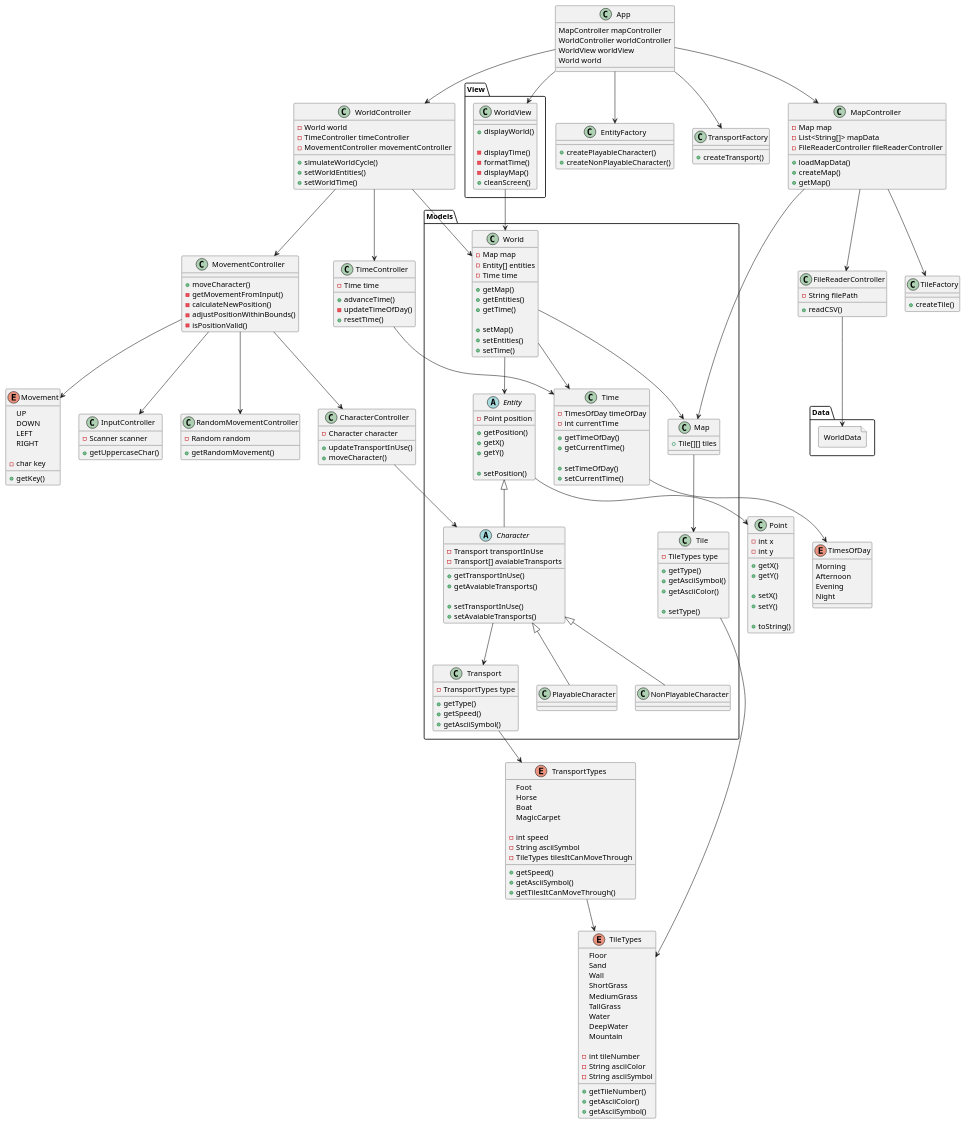
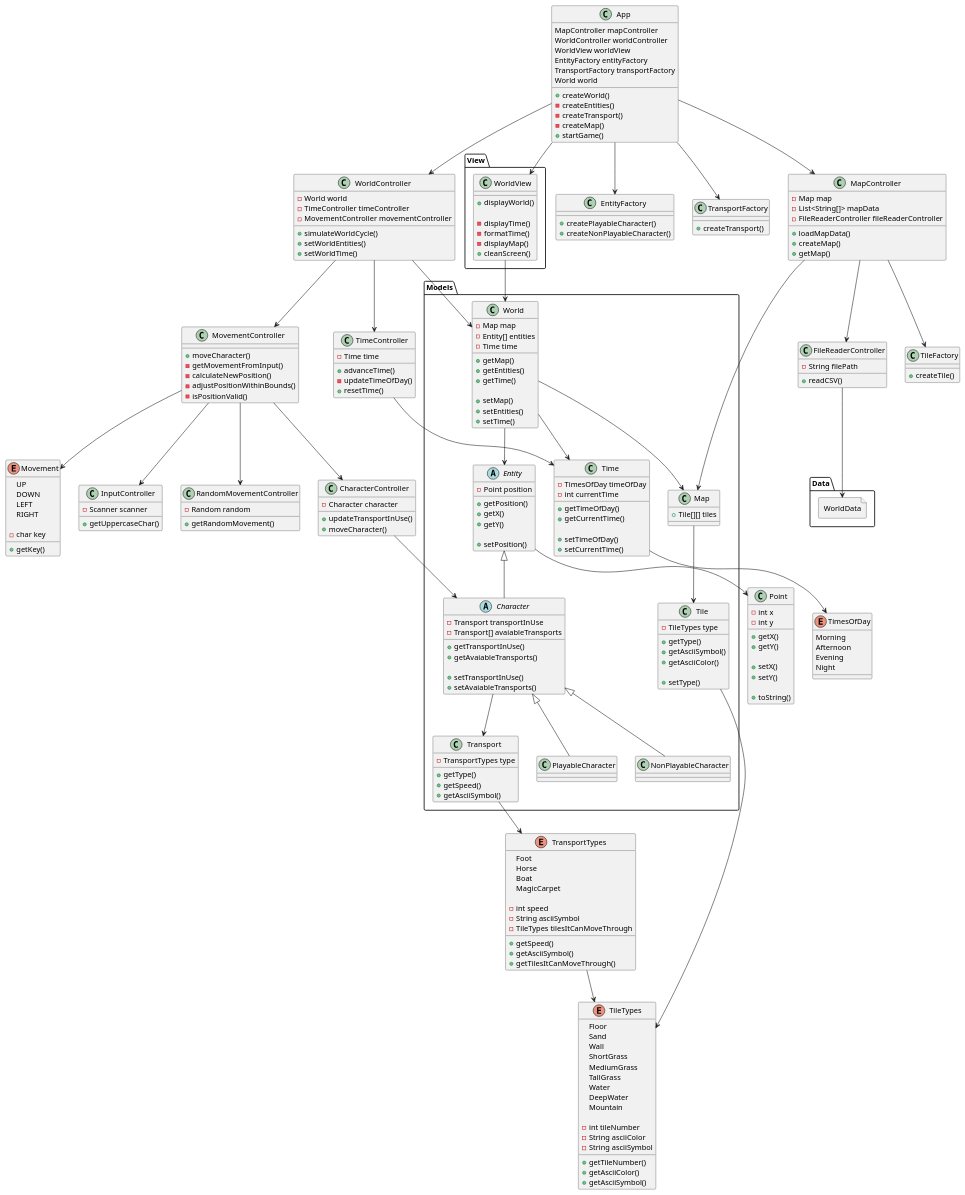
One commit to mmasias/23-24-IdSw2-SDD changed the diagram in docs/modelosUML/diagramaDeAplicacion.puml. Above: the diagram before and after it, drawn with PlantUML. The commit also changed 8 other files, not shown here.

Commit message:
feat: Updated Practical Class Diagram and Tests

```diff
--- a/docs/modelosUML/diagramaDeAplicacion.puml
+++ b/docs/modelosUML/diagramaDeAplicacion.puml
@@ -4,7 +4,15 @@
     MapController mapController
     WorldController worldController
     WorldView worldView
+    EntityFactory entityFactory
+    TransportFactory transportFactory
     World world
+
+    + createWorld()
+    - createEntities()
+    - createTransport()
+    - createMap()
+    + startGame()
 }
 
 enum TileTypes {
```
